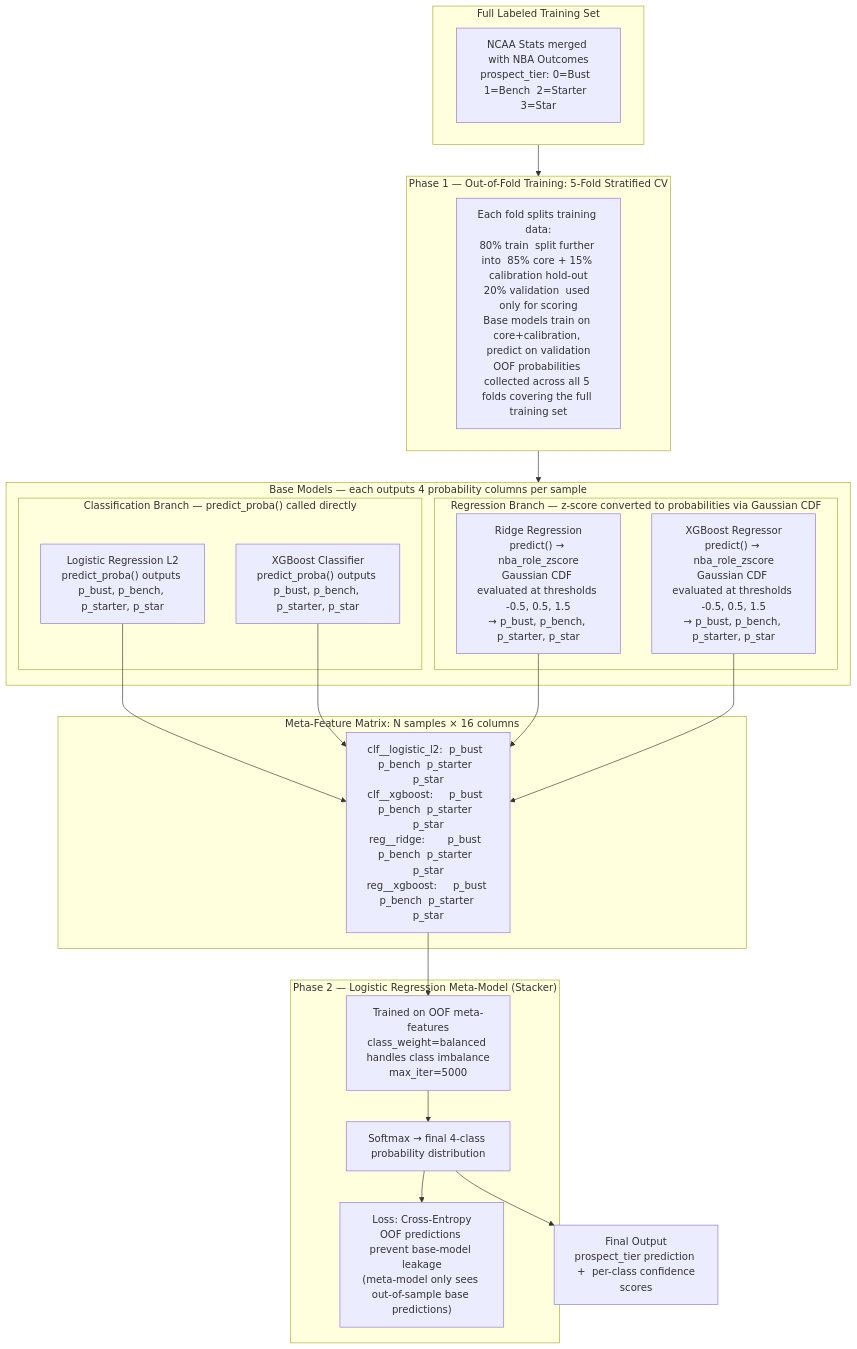
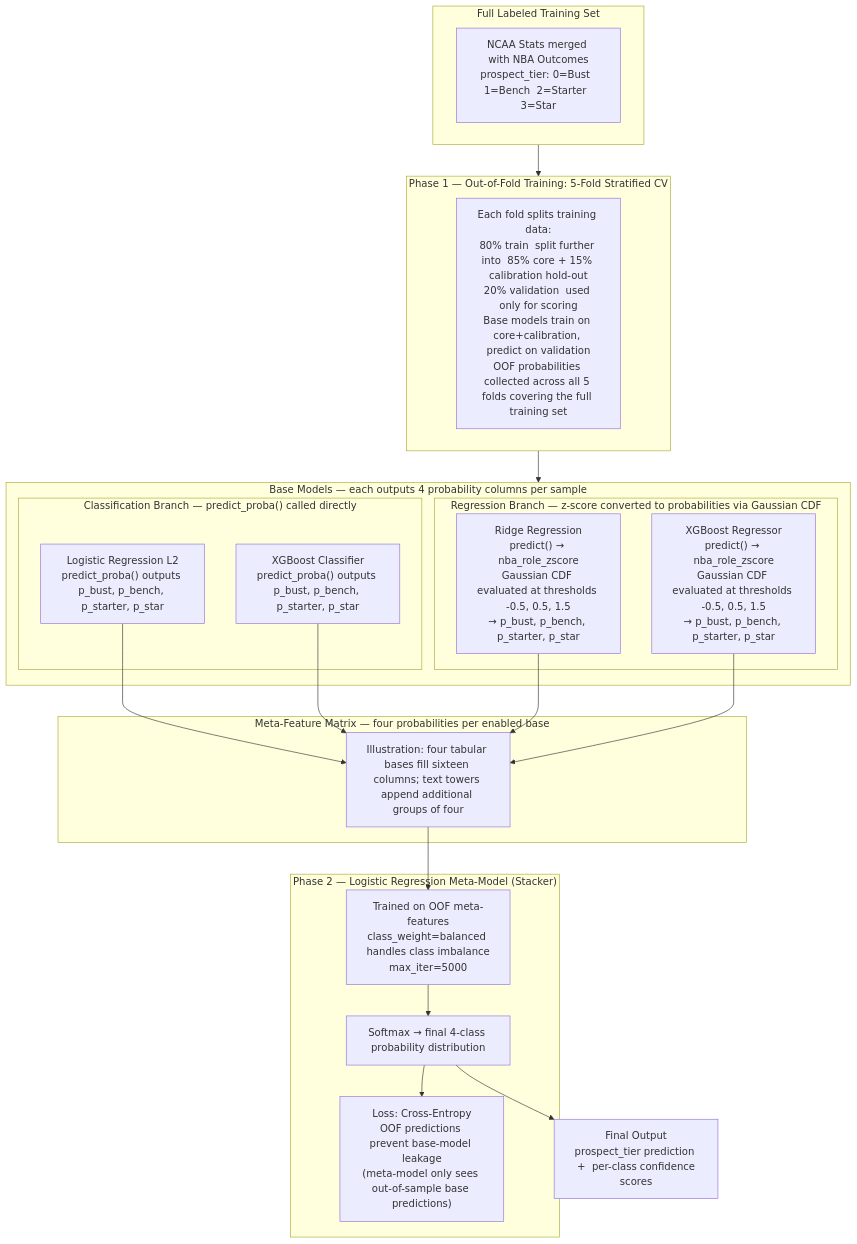
Before and after one commit to kincaidqf/sport-prospect-grading: the sixth of 6 diagrams in README.md, drawn with Mermaid. The commit also changed other lines of this file, not shown here.

Commit message:
update readme with text model info and ai disclosure

````diff
--- a/README.md
+++ b/README.md
@@ -177,44 +246,44 @@
 ```mermaid
 flowchart TD
     subgraph TRAIN["Full Labeled Training Set"]
         TD["NCAA Stats merged with NBA Outcomes\nprospect_tier: 0=Bust  1=Bench  2=Starter  3=Star"]
     end
 
     subgraph OOF["Phase 1 — Out-of-Fold Training: 5-Fold Stratified CV"]
         FOLDS["Each fold splits training data:\n80% train  split further into  85% core + 15% calibration hold-out\n20% validation  used only for scoring\nBase models train on core+calibration, predict on validation\nOOF probabilities collected across all 5 folds covering the full training set"]
     end
 
     subgraph BASE["Base Models — each outputs 4 probability columns per sample"]
         subgraph CLF["Classification Branch — predict_proba() called directly"]
             LR_B["Logistic Regression L2\npredict_proba() outputs p_bust, p_bench, p_starter, p_star"]
             XGB_B["XGBoost Classifier\npredict_proba() outputs p_bust, p_bench, p_starter, p_star"]
         end
         subgraph REG["Regression Branch — z-score converted to probabilities via Gaussian CDF"]
             RIDGE_B["Ridge Regression\npredict() → nba_role_zscore\nGaussian CDF evaluated at thresholds -0.5, 0.5, 1.5\n→ p_bust, p_bench, p_starter, p_star"]
             XGBR_B["XGBoost Regressor\npredict() → nba_role_zscore\nGaussian CDF evaluated at thresholds -0.5, 0.5, 1.5\n→ p_bust, p_bench, p_starter, p_star"]
         end
     end
 
-    subgraph META["Meta-Feature Matrix: N samples × 16 columns"]
-        MF["clf__logistic_l2:  p_bust  p_bench  p_starter  p_star\nclf__xgboost:     p_bust  p_bench  p_starter  p_star\nreg__ridge:       p_bust  p_bench  p_starter  p_star\nreg__xgboost:     p_bust  p_bench  p_starter  p_star"]
+    subgraph META["Meta-Feature Matrix — four probabilities per enabled base"]
+        MF["Illustration: four tabular bases fill sixteen columns; text towers append additional groups of four"]
     end
 
     subgraph STACK["Phase 2 — Logistic Regression Meta-Model (Stacker)"]
         SLOG["Trained on OOF meta-features\nclass_weight=balanced handles class imbalance\nmax_iter=5000"]
         SSOFT["Softmax → final 4-class probability distribution"]
         SLOSS["Loss: Cross-Entropy\nOOF predictions prevent base-model leakage\n(meta-model only sees out-of-sample base predictions)"]
     end
 
     OUT["Final Output\nprospect_tier prediction  +  per-class confidence scores"]
 
     TRAIN --> OOF
     OOF --> BASE
     LR_B --> MF
     XGB_B --> MF
     RIDGE_B --> MF
     XGBR_B --> MF
     MF --> SLOG
     SLOG --> SSOFT
     SSOFT --> SLOSS
     SSOFT --> OUT
 ```
````
